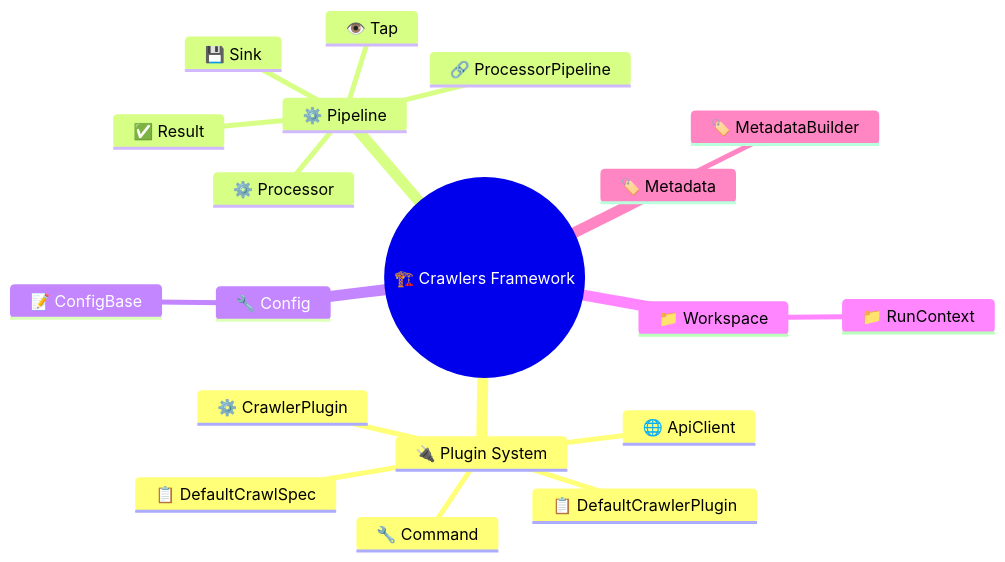
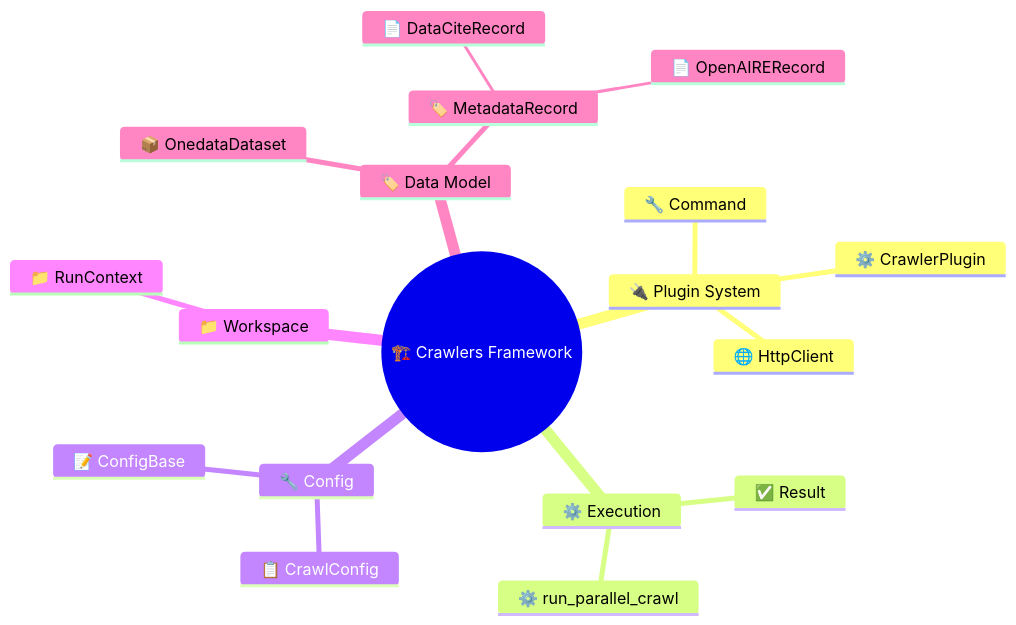
One commit to bergamote156/repository-crawlers changed the diagram in docs/crawlers/arch/glossary.md. Above: the diagram before and after it, drawn with Mermaid. The commit also changed other lines of this file and 7 other files, not shown here.

````diff
--- a/docs/crawlers/arch/glossary.md
+++ b/docs/crawlers/arch/glossary.md
@@ -31,22 +29,21 @@
 ```mermaid
 mindmap
   root((🏗️ Crawlers Framework))
     🔌 Plugin System
       ⚙️ CrawlerPlugin
-      📋 DefaultCrawlerPlugin
-      📋 DefaultCrawlSpec
       🔧 Command
-      🌐 ApiClient
-    ⚙️ Pipeline
+      🌐 HttpClient
+    ⚙️ Execution
       ✅ Result
-      ⚙️ Processor
-      🔗 ProcessorPipeline
-      💾 Sink
-      👁️ Tap
+      ⚙️ run_parallel_crawl
     🔧 Config
       📝 ConfigBase
+      📋 CrawlConfig
     📁 Workspace
       📁 RunContext
-    🏷️ Metadata
-      🏷️ MetadataBuilder
+    🏷️ Data Model
+      📦 OnedataDataset
+      🏷️ MetadataRecord
+        📄 DataCiteRecord
+        📄 OpenAIRERecord
 ```
````
